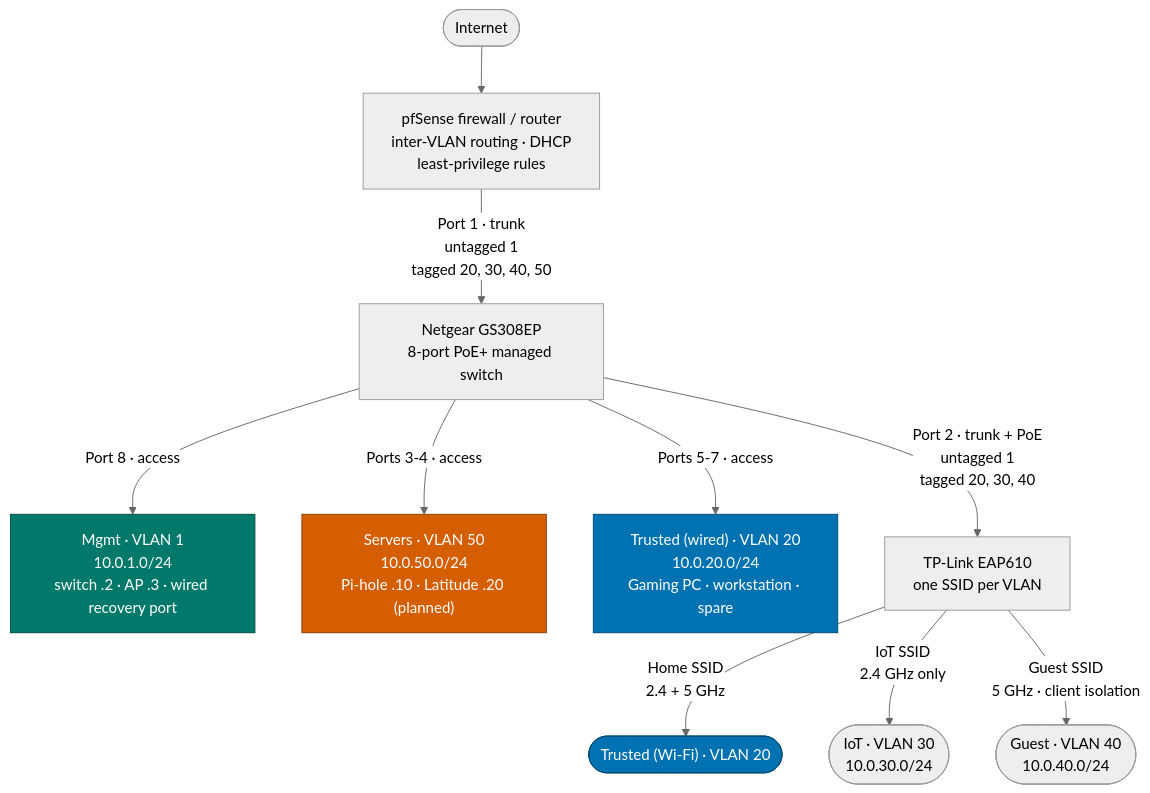
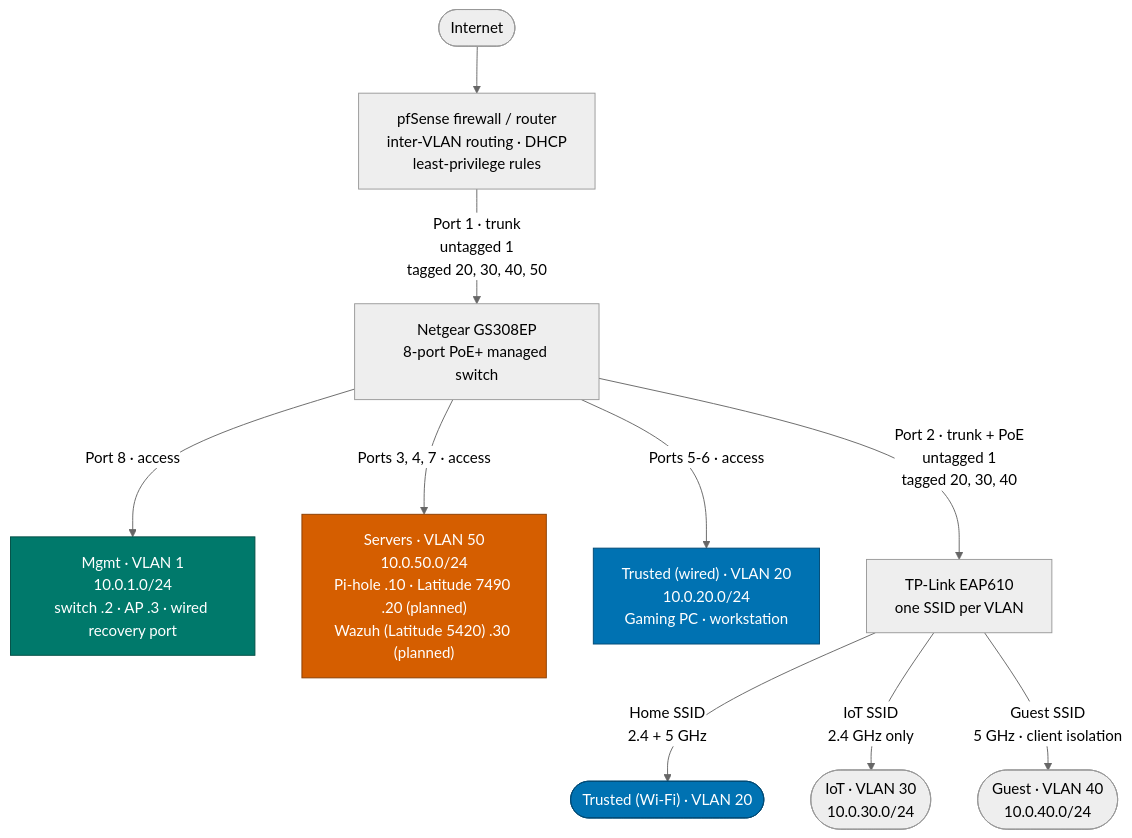
One commit to uploadtigris/network-segmentation-ids changed the first of 2 diagrams in README.md. Above: the diagram before and after it, drawn with Mermaid (neutral theme). The commit also changed other lines of this file and 2 other files, not shown here.

First line of the commit message:
Plan the Wazuh server on switch port 7

````diff
--- a/README.md
+++ b/README.md
@@ -104,19 +104,19 @@
 ```mermaid
 graph TD
   NET([Internet]) --> PF["pfSense firewall / router<br/>inter-VLAN routing · DHCP<br/>least-privilege rules"]
   PF -- "Port 1 · trunk<br/>untagged 1<br/>tagged 20, 30, 40, 50" --> SW["Netgear GS308EP<br/>8-port PoE+ managed switch"]
   SW -- "Port 8 · access" --> MG["Mgmt · VLAN 1<br/>10.0.1.0/24<br/>switch .2 · AP .3 · wired recovery port"]
-  SW -- "Ports 3-4 · access" --> SRV["Servers · VLAN 50<br/>10.0.50.0/24<br/>Pi-hole .10 · Latitude .20 (planned)"]
-  SW -- "Ports 5-7 · access" --> TW["Trusted (wired) · VLAN 20<br/>10.0.20.0/24<br/>Gaming PC · workstation · spare"]
+  SW -- "Ports 3, 4, 7 · access" --> SRV["Servers · VLAN 50<br/>10.0.50.0/24<br/>Pi-hole .10 · Latitude 7490 .20 (planned)<br/>Wazuh (Latitude 5420) .30 (planned)"]
+  SW -- "Ports 5-6 · access" --> TW["Trusted (wired) · VLAN 20<br/>10.0.20.0/24<br/>Gaming PC · workstation"]
   SW -- "Port 2 · trunk + PoE<br/>untagged 1<br/>tagged 20, 30, 40" --> AP["TP-Link EAP610<br/>one SSID per VLAN"]
   AP -- "Home SSID<br/>2.4 + 5 GHz" --> V20(["Trusted (Wi-Fi) · VLAN 20"])
   AP -- "IoT SSID<br/>2.4 GHz only" --> V30(["IoT · VLAN 30<br/>10.0.30.0/24"])
   AP -- "Guest SSID<br/>5 GHz · client isolation" --> V40(["Guest · VLAN 40<br/>10.0.40.0/24"])
 
   classDef servers fill:#D55E00,stroke:#8a3d00,color:#ffffff
   classDef trusted fill:#0072B2,stroke:#004a75,color:#ffffff
   classDef mgmt fill:#00796B,stroke:#004d44,color:#ffffff
   class SRV servers
   class TW,V20 trusted
   class MG mgmt
 ```
````
